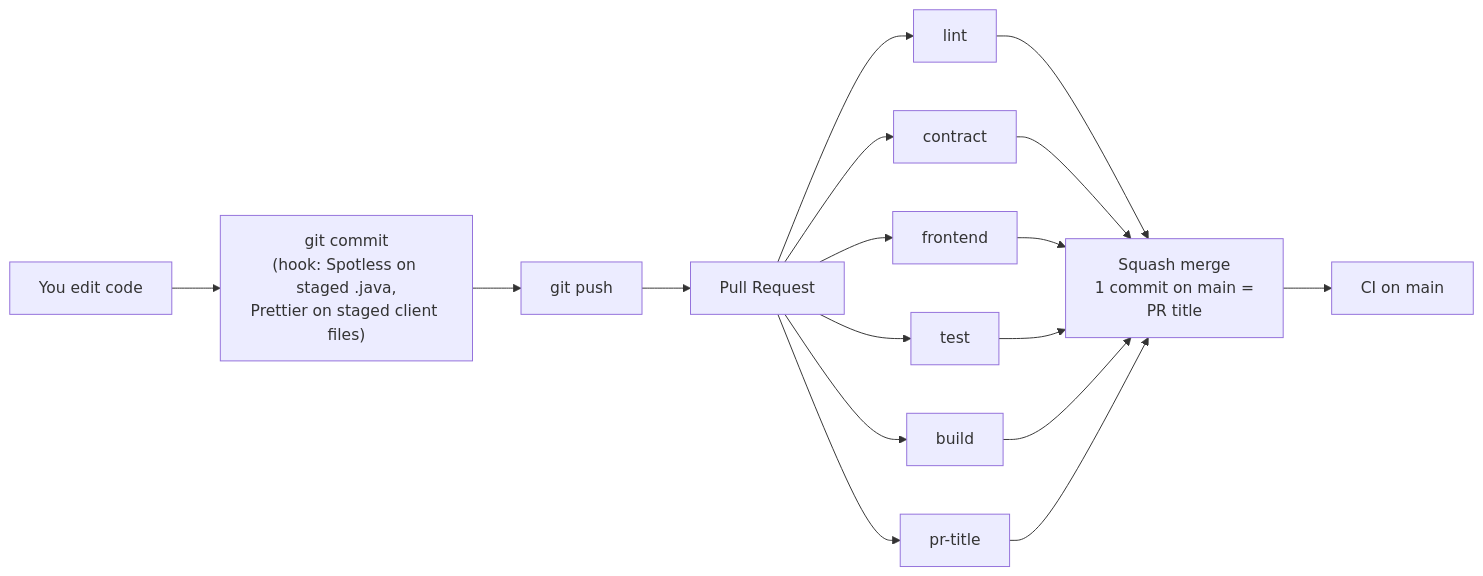
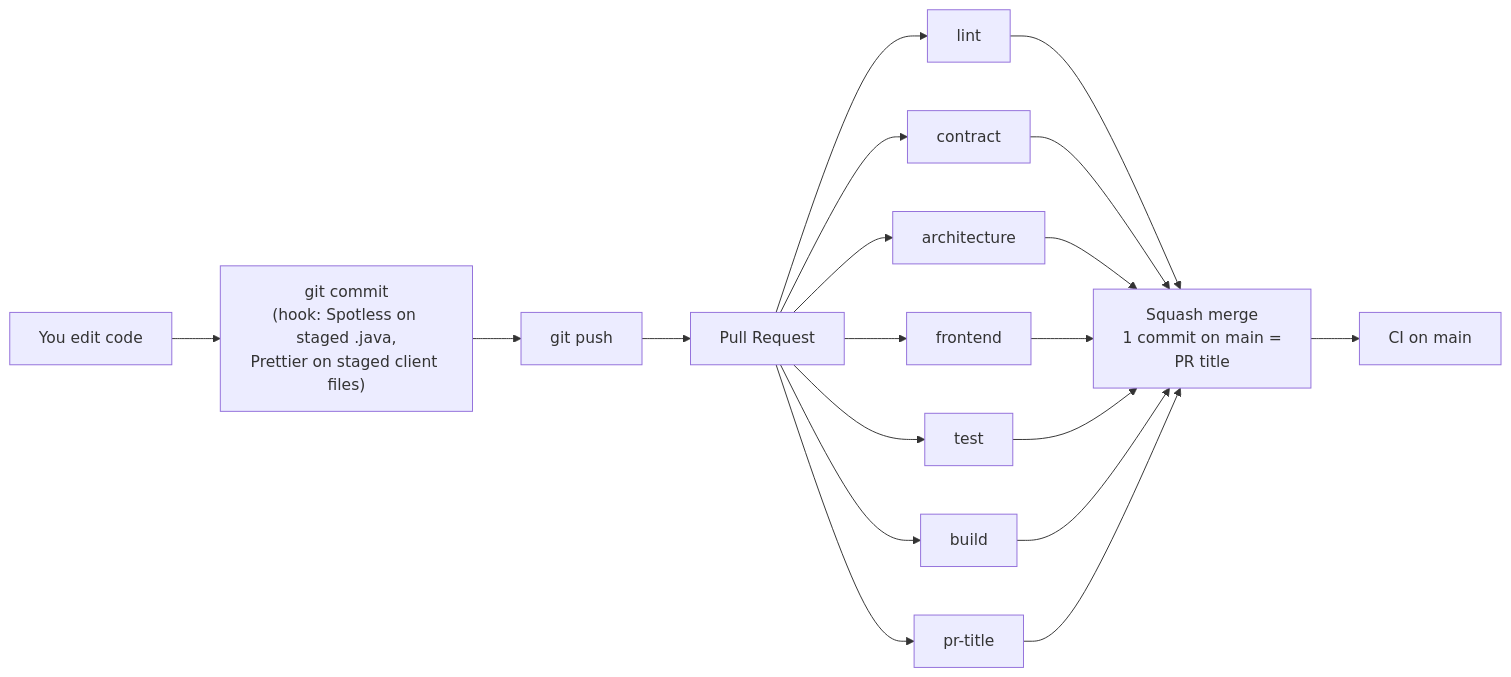
Before and after one commit to Dalibex/urban-incidence-manager: the diagram in docs/ci.md, drawn with Mermaid. The commit also changed other lines of this file and 16 other files, not shown here.

First line of the commit message:
docs(architecture): single-source C4 model with deployment and dynamic views (#154)

````diff
--- a/docs/ci.md
+++ b/docs/ci.md
@@ -18,14 +18,15 @@
 ```mermaid
 flowchart LR
     E[You edit code] --> C["git commit<br/>(hook: Spotless on staged .java,<br/>Prettier on staged client files)"]
     C --> P[git push]
     P --> PR[Pull Request]
     PR --> L[lint]
     PR --> K[contract]
+    PR --> A[architecture]
     PR --> F[frontend]
     PR --> T[test]
     PR --> B[build]
     PR --> N[pr-title]
-    L & K & F & T & B & N --> M["Squash merge<br/>1 commit on main =<br/>PR title"]
+    L & K & A & F & T & B & N --> M["Squash merge<br/>1 commit on main =<br/>PR title"]
     M --> CI2[CI on main]
 ```
````
